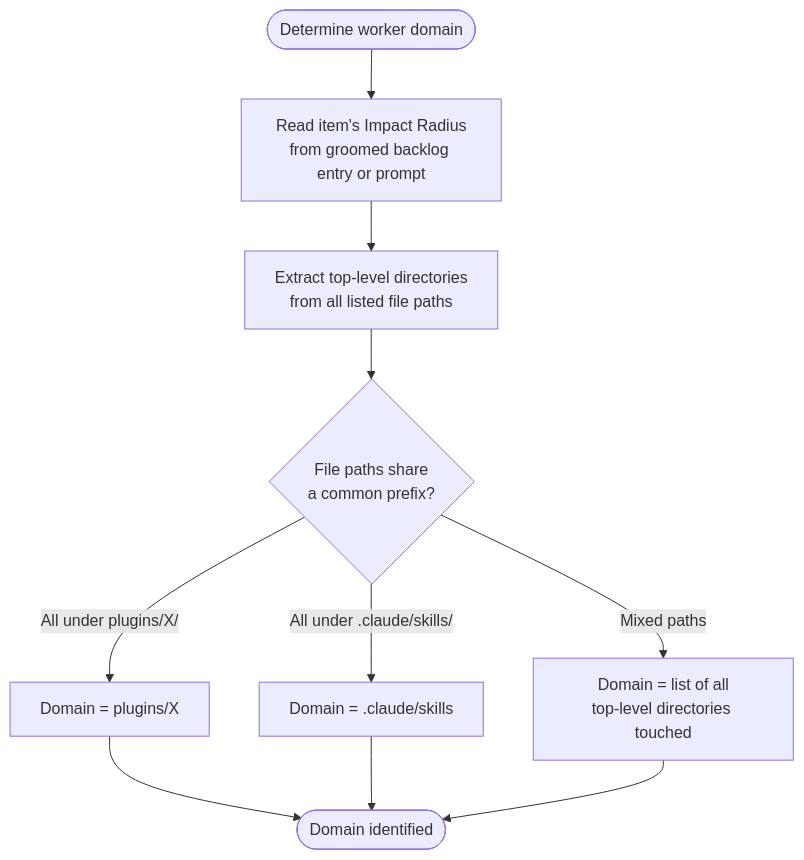
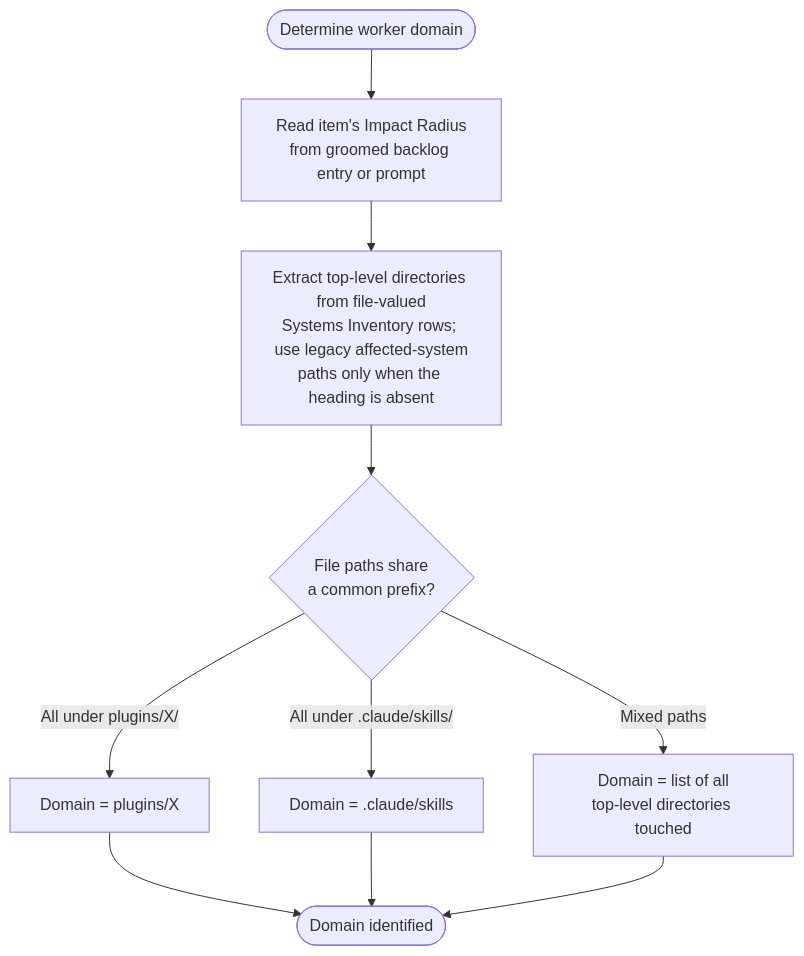
One commit to Jamie-BitFlight/claude_skills changed the second of 2 diagrams in plugins/development-harness/skills/work-milestone/references/worktree-worker-protocol.md. Above: the diagram before and after it, drawn with Mermaid. The commit also changed other lines of this file and 21 other files, not shown here.

````diff
--- a/plugins/development-harness/skills/work-milestone/references/worktree-worker-protocol.md
+++ b/plugins/development-harness/skills/work-milestone/references/worktree-worker-protocol.md
@@ -61,12 +61,12 @@
 ```mermaid
 flowchart TD
     Start(["Determine worker domain"]) --> IR["Read item's Impact Radius<br>from groomed backlog entry or prompt"]
-    IR --> Extract["Extract top-level directories<br>from all listed file paths"]
+    IR --> Extract["Extract top-level directories from file-valued<br>Systems Inventory rows; use legacy affected-system<br>paths only when the heading is absent"]
     Extract --> Classify{"File paths share<br>a common prefix?"}
     Classify -->|"All under plugins/X/"| SinglePlugin["Domain = plugins/X"]
     Classify -->|"All under .claude/skills/"| Skills["Domain = .claude/skills"]
     Classify -->|"Mixed paths"| Multi["Domain = list of all<br>top-level directories touched"]
     SinglePlugin --> Done(["Domain identified"])
     Skills --> Done
     Multi --> Done
 ```
````
